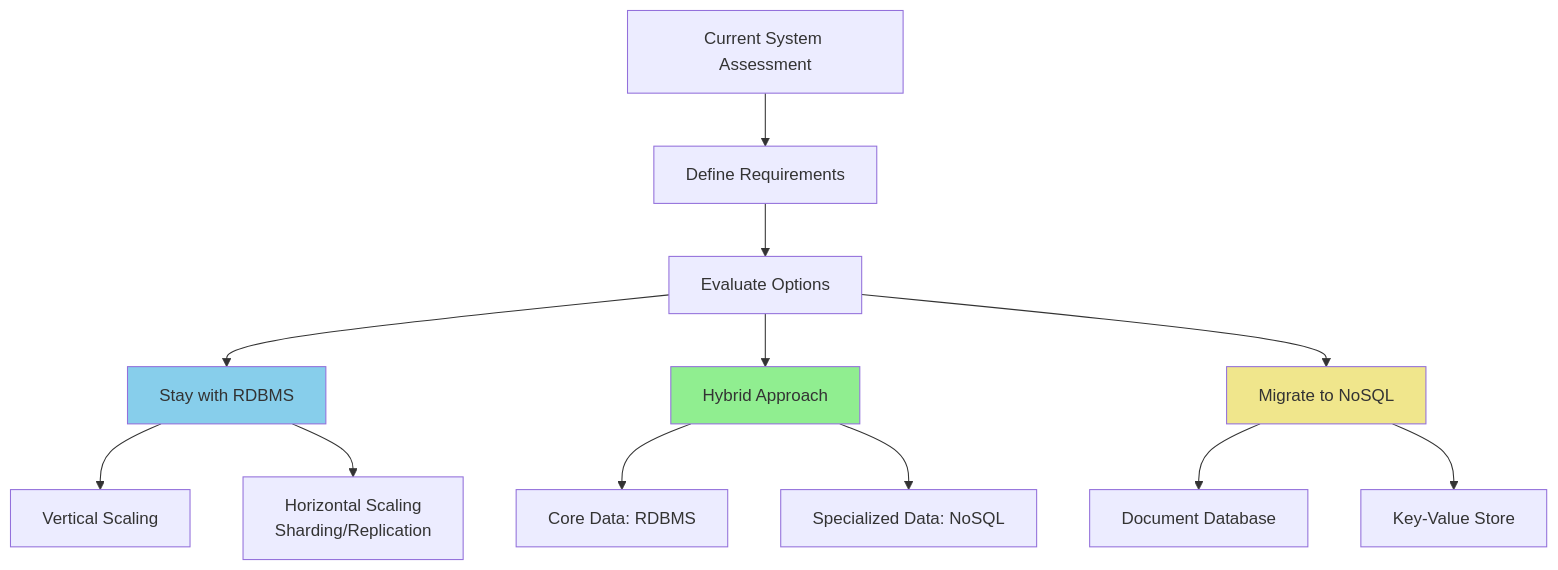
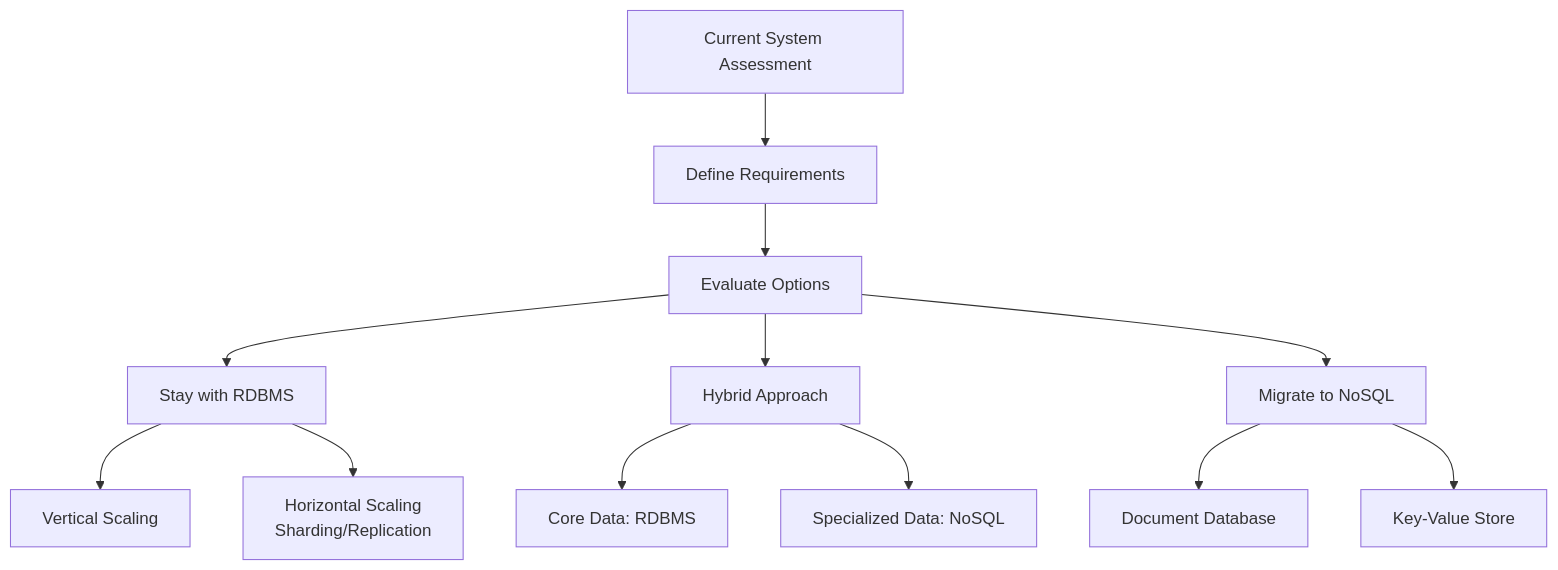
One commit to Ritahchanger/system_design changed the eighth of 8 diagrams in databases/docs/relational.md. Above: the diagram before and after it, drawn with Mermaid. The commit also changed other lines of this file and 5 other files, not shown here.

Commit message:
Updated visual diagrams and added readme for database case studies

````diff
--- a/databases/docs/relational.md
+++ b/databases/docs/relational.md
@@ -352,22 +362,19 @@
 ```mermaid
 flowchart TD
     Assessment[Current System Assessment] --> Requirements[Define Requirements]
     Requirements --> Options[Evaluate Options]
     
     Options --> StayRDBMS[Stay with RDBMS]
     Options --> HybridApproach[Hybrid Approach]
     Options --> MigrateNoSQL[Migrate to NoSQL]
     
     StayRDBMS --> ScaleUp[Vertical Scaling]
     StayRDBMS --> ScaleOut[Horizontal Scaling<br/>Sharding/Replication]
     
     HybridApproach --> CoreRDBMS[Core Data: RDBMS]
     HybridApproach --> SpecializedNoSQL[Specialized Data: NoSQL]
     
     MigrateNoSQL --> DocumentDB[Document Database]
     MigrateNoSQL --> KeyValue[Key-Value Store]
     
-    style HybridApproach fill:#90EE90
-    style StayRDBMS fill:#87CEEB
-    style MigrateNoSQL fill:#F0E68C
 ```
````
